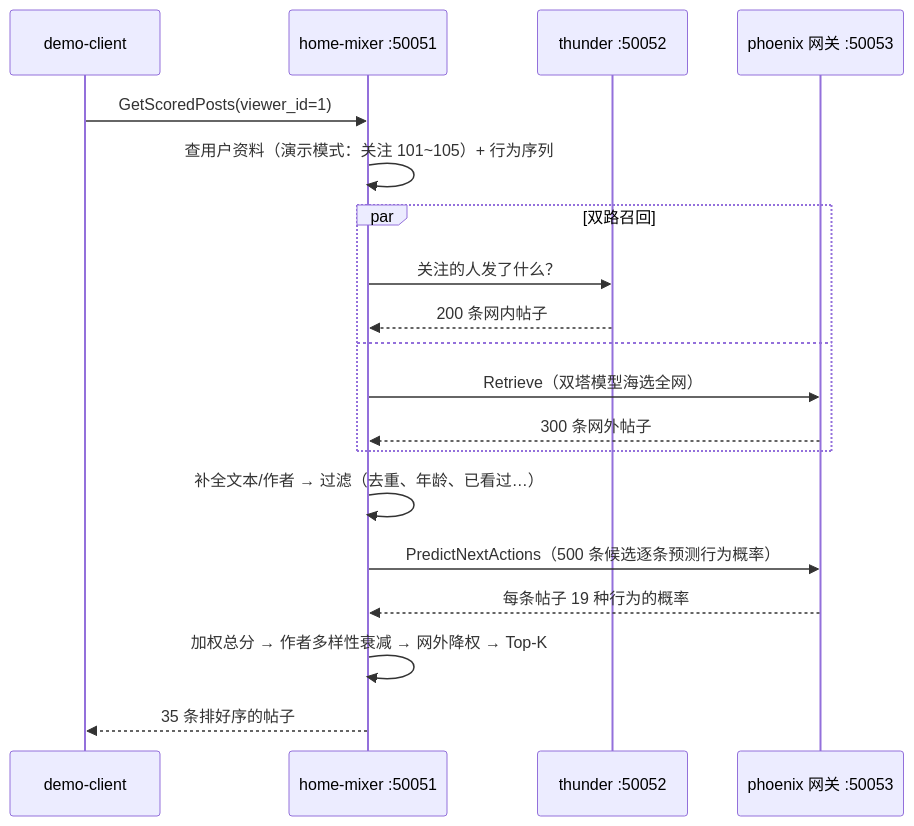
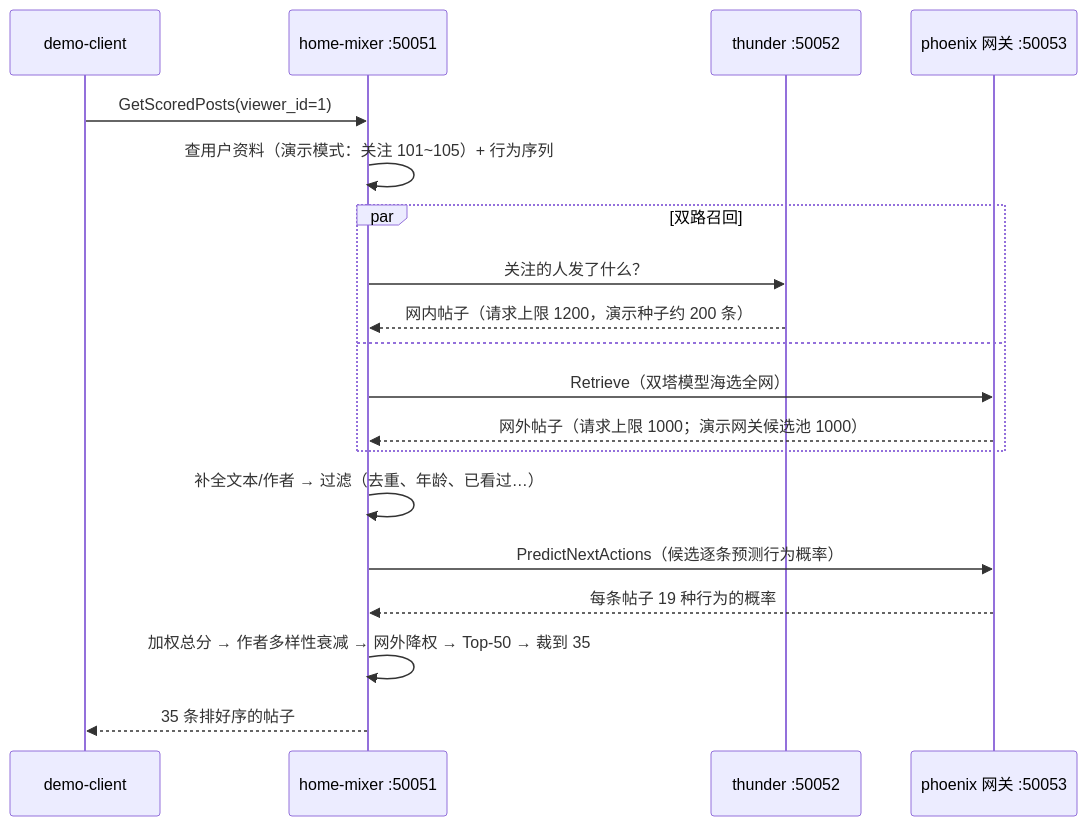
The diagram in docs/getting-started/05-第四步-跑通完整推荐链路.md (freefcw/x-algorithm), drawn with Mermaid before and after one commit. The commit also changed other lines of this file and 44 other files, not shown here.

````diff
--- a/docs/getting-started/05-第四步-跑通完整推荐链路.md
+++ b/docs/getting-started/05-第四步-跑通完整推荐链路.md
@@ -43,21 +51,21 @@
 ```mermaid
 sequenceDiagram
     participant C as demo-client
     participant HM as home-mixer :50051
     participant T as thunder :50052
     participant P as phoenix 网关 :50053
     C->>HM: GetScoredPosts(viewer_id=1)
     HM->>HM: 查用户资料（演示模式：关注 101~105）+ 行为序列
     par 双路召回
         HM->>T: 关注的人发了什么？
-        T-->>HM: 200 条网内帖子
+        T-->>HM: 网内帖子（请求上限 1200，演示种子约 200 条）
     and
         HM->>P: Retrieve（双塔模型海选全网）
-        P-->>HM: 300 条网外帖子
+        P-->>HM: 网外帖子（请求上限 1000；演示网关候选池 1000）
     end
     HM->>HM: 补全文本/作者 → 过滤（去重、年龄、已看过…）
-    HM->>P: PredictNextActions（500 条候选逐条预测行为概率）
+    HM->>P: PredictNextActions（候选逐条预测行为概率）
     P-->>HM: 每条帖子 19 种行为的概率
-    HM->>HM: 加权总分 → 作者多样性衰减 → 网外降权 → Top-K
+    HM->>HM: 加权总分 → 作者多样性衰减 → 网外降权 → Top-50 → 裁到 35
     HM-->>C: 35 条排好序的帖子
 ```
````
